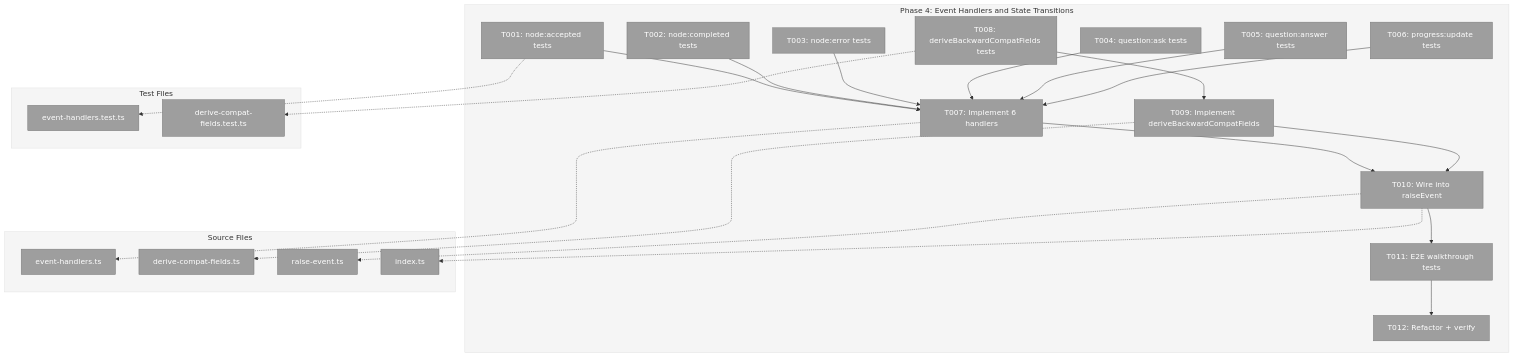
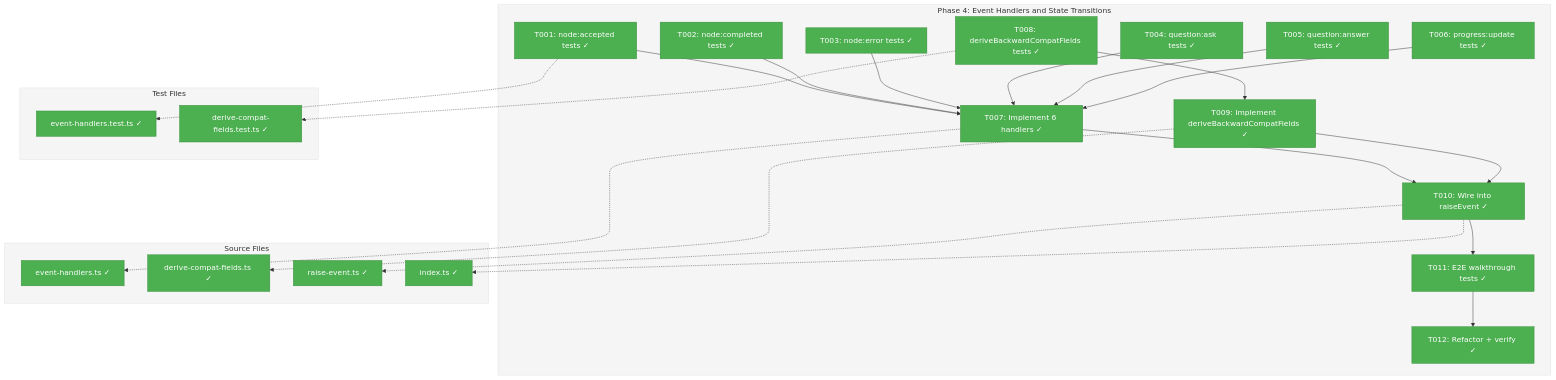
The diagram in docs/plans/032-node-event-system/tasks/phase-4-event-handlers-and-state-transitions/tasks.md (AI-Substrate/chainglass), drawn with Mermaid before and after one commit. The commit also changed other lines of this file and 10 other files, not shown here.

First line of the commit message:
feat(032): Node Event System Phase 4 — event handlers and state transitions

````diff
--- a/docs/plans/032-node-event-system/tasks/phase-4-event-handlers-and-state-transitions/tasks.md
+++ b/docs/plans/032-node-event-system/tasks/phase-4-event-handlers-and-state-transitions/tasks.md
@@ -99,57 +99,57 @@
 ```mermaid
 flowchart TD
     classDef pending fill:#9E9E9E,stroke:#757575,color:#fff
     classDef inprogress fill:#FF9800,stroke:#F57C00,color:#fff
     classDef completed fill:#4CAF50,stroke:#388E3C,color:#fff
     classDef blocked fill:#F44336,stroke:#D32F2F,color:#fff
 
     style Phase fill:#F5F5F5,stroke:#E0E0E0
     style Source fill:#F5F5F5,stroke:#E0E0E0
     style Tests fill:#F5F5F5,stroke:#E0E0E0
 
     subgraph Phase["Phase 4: Event Handlers and State Transitions"]
-        T001["T001: node:accepted tests"]:::pending
-        T002["T002: node:completed tests"]:::pending
-        T003["T003: node:error tests"]:::pending
-        T004["T004: question:ask tests"]:::pending
-        T005["T005: question:answer tests"]:::pending
-        T006["T006: progress:update tests"]:::pending
-        T007["T007: Implement 6 handlers"]:::pending
-        T008["T008: deriveBackwardCompatFields tests"]:::pending
-        T009["T009: Implement deriveBackwardCompatFields"]:::pending
-        T010["T010: Wire into raiseEvent"]:::pending
-        T011["T011: E2E walkthrough tests"]:::pending
-        T012["T012: Refactor + verify"]:::pending
+        T001["T001: node:accepted tests ✓"]:::completed
+        T002["T002: node:completed tests ✓"]:::completed
+        T003["T003: node:error tests ✓"]:::completed
+        T004["T004: question:ask tests ✓"]:::completed
+        T005["T005: question:answer tests ✓"]:::completed
+        T006["T006: progress:update tests ✓"]:::completed
+        T007["T007: Implement 6 handlers ✓"]:::completed
+        T008["T008: deriveBackwardCompatFields tests ✓"]:::completed
+        T009["T009: Implement deriveBackwardCompatFields ✓"]:::completed
+        T010["T010: Wire into raiseEvent ✓"]:::completed
+        T011["T011: E2E walkthrough tests ✓"]:::completed
+        T012["T012: Refactor + verify ✓"]:::completed
 
         T001 --> T007
         T002 --> T007
         T003 --> T007
         T004 --> T007
         T005 --> T007
         T006 --> T007
         T007 --> T010
         T008 --> T009
         T009 --> T010
         T010 --> T011
         T011 --> T012
     end
 
     subgraph Source["Source Files"]
-        F1["event-handlers.ts"]:::pending
-        F2["derive-compat-fields.ts"]:::pending
-        F3["raise-event.ts"]:::pending
-        F4["index.ts"]:::pending
+        F1["event-handlers.ts ✓"]:::completed
+        F2["derive-compat-fields.ts ✓"]:::completed
+        F3["raise-event.ts ✓"]:::completed
+        F4["index.ts ✓"]:::completed
     end
 
     subgraph Tests["Test Files"]
-        FT1["event-handlers.test.ts"]:::pending
-        FT2["derive-compat-fields.test.ts"]:::pending
+        FT1["event-handlers.test.ts ✓"]:::completed
+        FT2["derive-compat-fields.test.ts ✓"]:::completed
     end
 
     T007 -.-> F1
     T009 -.-> F2
     T010 -.-> F3
     T010 -.-> F4
     T001 -.-> FT1
     T008 -.-> FT2
 ```
````
